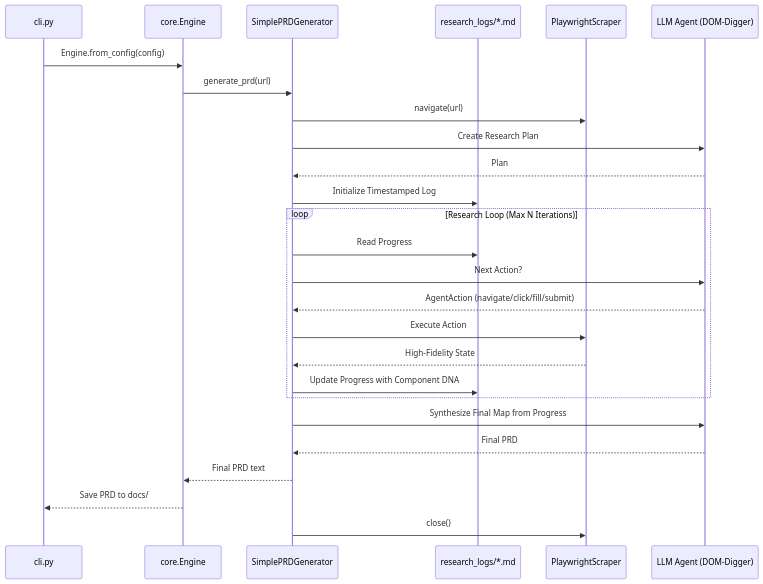
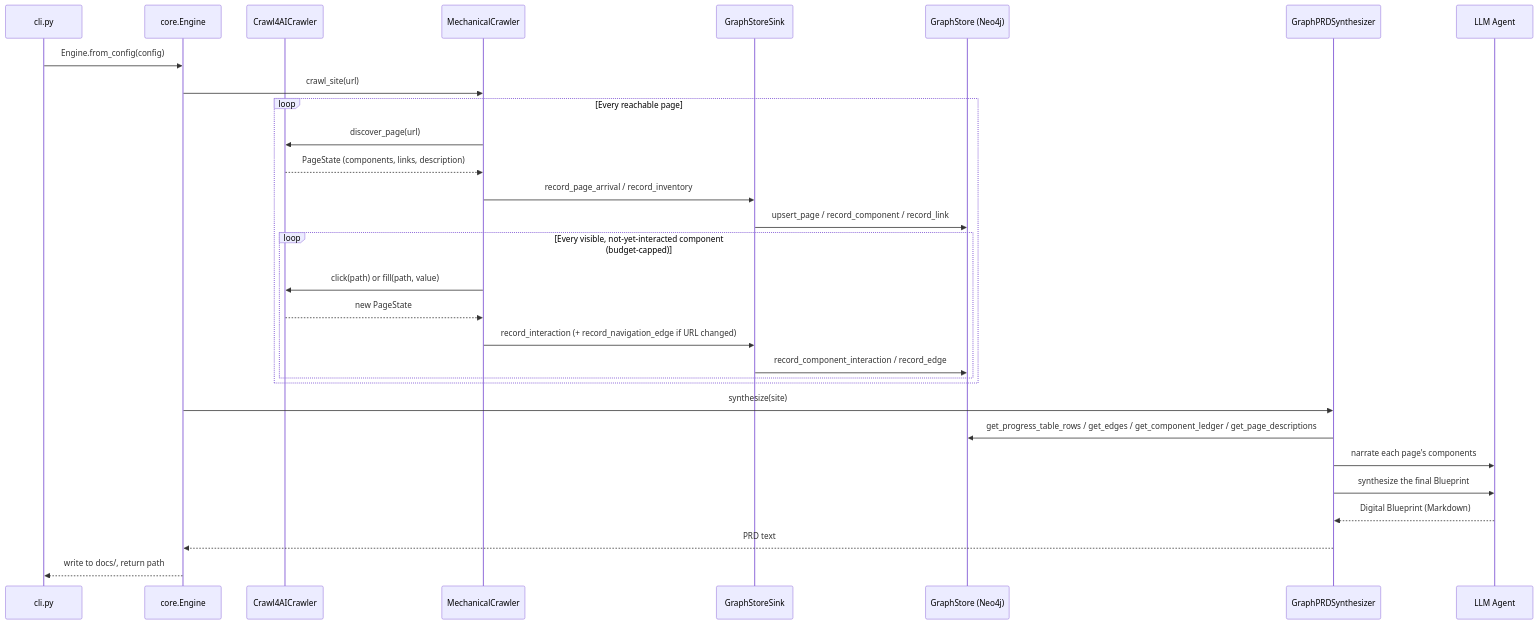
Before and after one commit to ezequielrickert/pragma: the diagram in ARCHITECTURE.md, drawn with Mermaid. The commit also changed other lines of this file and 105 other files, not shown here.

````diff
--- a/ARCHITECTURE.md
+++ b/ARCHITECTURE.md
@@ -23,32 +23,33 @@
 ```mermaid
 sequenceDiagram
     participant CLI as cli.py
     participant Engine as core.Engine
-    participant Gen as SimplePRDGenerator
-    participant Log as research_logs/*.md
-    participant Scraper as PlaywrightScraper
-    participant Agent as LLM Agent (DOM-Digger)
+    participant Crawler as Crawl4AICrawler
+    participant Mech as MechanicalCrawler
+    participant Sink as GraphStoreSink
+    participant Graph as GraphStore (Neo4j)
+    participant Synth as GraphPRDSynthesizer
+    participant Agent as LLM Agent
 
     CLI->>Engine: Engine.from_config(config)
-    Engine->>Gen: generate_prd(url)
-    Gen->>Scraper: navigate(url)
-    
-    Gen->>Agent: Create Research Plan
-    Agent-->>Gen: Plan
-    Gen->>Log: Initialize Timestamped Log
-    
-    loop Research Loop (Max N Iterations)
-        Gen->>Log: Read Progress
-        Gen->>Agent: Next Action?
-        Agent-->>Gen: AgentAction (navigate/click/fill/submit)
-        Gen->>Scraper: Execute Action
-        Scraper-->>Gen: High-Fidelity State
-        Gen->>Log: Update Progress with Component DNA
+    Engine->>Mech: crawl_site(url)
+    loop Every reachable page
+        Mech->>Crawler: discover_page(url)
+        Crawler-->>Mech: PageState (components, links, description)
+        Mech->>Sink: record_page_arrival / record_inventory
+        Sink->>Graph: upsert_page / record_component / record_link
+        loop Every visible, not-yet-interacted component (budget-capped)
+            Mech->>Crawler: click(path) or fill(path, value)
+            Crawler-->>Mech: new PageState
+            Mech->>Sink: record_interaction (+ record_navigation_edge if URL changed)
+            Sink->>Graph: record_component_interaction / record_edge
+        end
     end
-    
-    Gen->>Agent: Synthesize Final Map from Progress
-    Agent-->>Gen: Final PRD
-    Gen-->>Engine: Final PRD text
-    Engine-->>CLI: Save PRD to docs/
-    Gen->>Scraper: close()
+    Engine->>Synth: synthesize(site)
+    Synth->>Graph: get_progress_table_rows / get_edges / get_component_ledger / get_page_descriptions
+    Synth->>Agent: narrate each page's components
+    Synth->>Agent: synthesize the final Blueprint
+    Agent-->>Synth: Digital Blueprint (Markdown)
+    Synth-->>Engine: PRD text
+    Engine-->>CLI: write to docs/, return path
 ```
````
